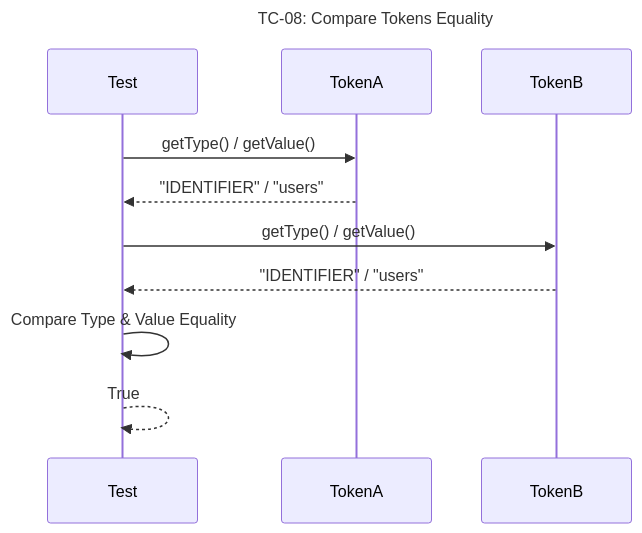
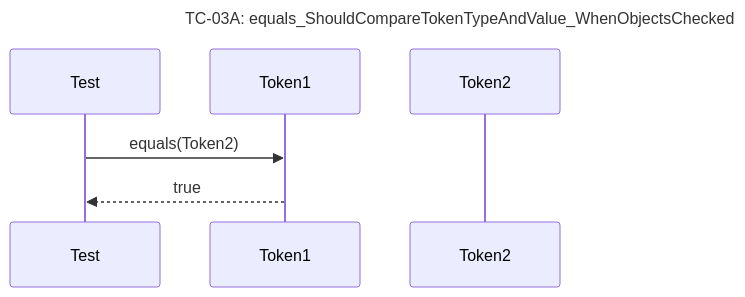
Diagram 13 of 41 in docs/unit_test/query_prossor/SequeceTestCase.md (Dikhang1112/Database_Management_BBV), drawn with Mermaid before and after one commit. The commit also changed other lines of this file and 6 other files, not shown here.

Commit message:
Add docs sequece diagram and scenario testcase

````diff
--- a/docs/unit_test/query_prossor/SequeceTestCase.md
+++ b/docs/unit_test/query_prossor/SequeceTestCase.md
@@ -132,14 +174,10 @@
 ```mermaid
 sequenceDiagram
-    title TC-08: Compare Tokens Equality
+    title TC-03A: equals_ShouldCompareTokenTypeAndValue_WhenObjectsChecked
     participant Test
-    participant TokenA
-    participant TokenB
+    participant Token1
+    participant Token2
 
-    Test->>TokenA: getType() / getValue()
-    TokenA-->>Test: "IDENTIFIER" / "users"
-    Test->>TokenB: getType() / getValue()
-    TokenB-->>Test: "IDENTIFIER" / "users"
-    Test->>Test: Compare Type & Value Equality
-    Test-->>Test: True
+    Test->>Token1: equals(Token2)
+    Token1-->>Test: true
 ```
````
